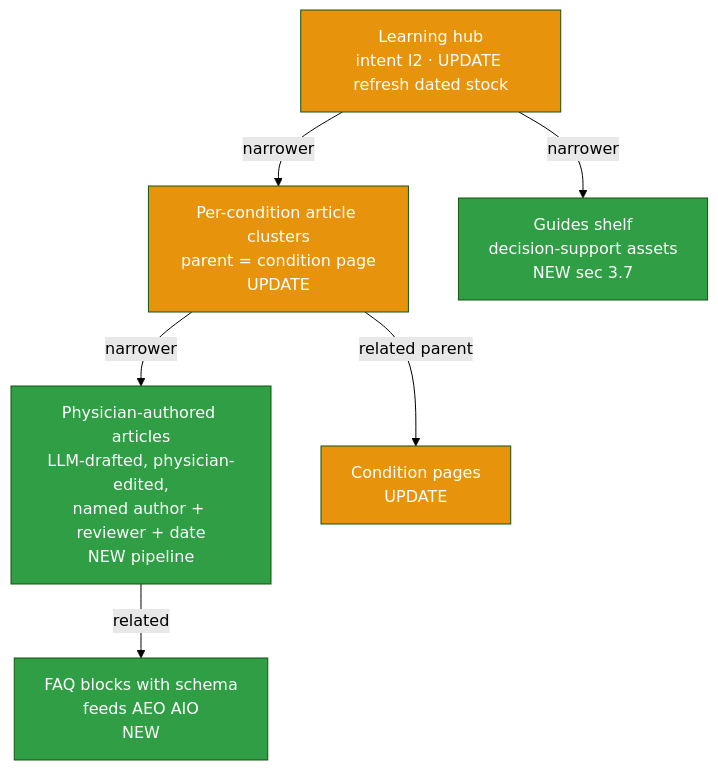
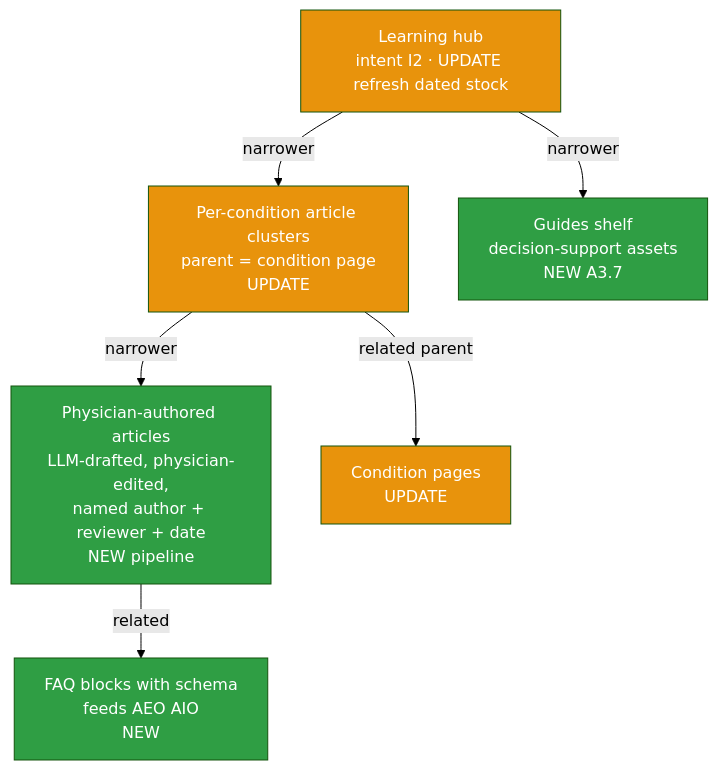
The seventh of 8 diagrams in playbooks/spine-semantic-model.md (JosephAndrewMacLean/SHP), drawn with Mermaid (forest theme) before and after one commit. The commit also changed other lines of this file and 6 other files, not shown here.

````diff
--- a/playbooks/spine-semantic-model.md
+++ b/playbooks/spine-semantic-model.md
@@ -363,20 +317,20 @@
 ```mermaid
 flowchart TD
     LH[Learning hub<br/>intent I2 · UPDATE refresh dated stock]
     CLUS[Per-condition article clusters<br/>parent = condition page<br/>UPDATE]
     ART[Physician-authored articles<br/>LLM-drafted, physician-edited,<br/>named author + reviewer + date<br/>NEW pipeline]
-    GUIDES[Guides shelf<br/>decision-support assets<br/>NEW sec 3.7]
+    GUIDES[Guides shelf<br/>decision-support assets<br/>NEW A3.7]
     FAQ[FAQ blocks with schema<br/>feeds AEO AIO<br/>NEW]
     COND[Condition pages<br/>UPDATE]
 
     LH -->|narrower| CLUS
     CLUS -->|narrower| ART
     LH -->|narrower| GUIDES
     ART -->|related| FAQ
     CLUS -->|related parent| COND
 
     classDef newN fill:#2f9e44,color:#fff
     classDef updN fill:#e8930c,color:#fff
     class ART,GUIDES,FAQ newN
     class LH,CLUS,COND updN
 ```
````
